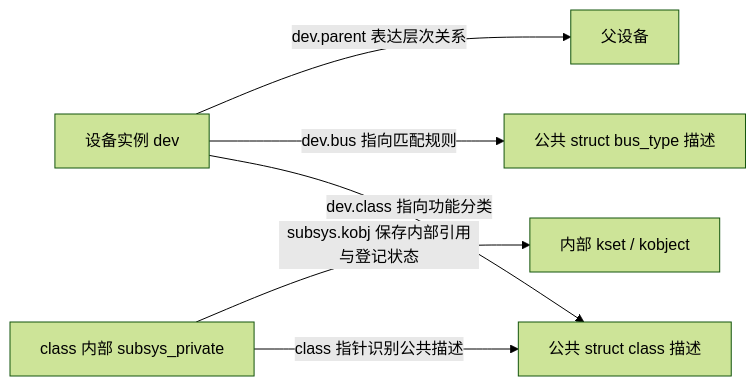
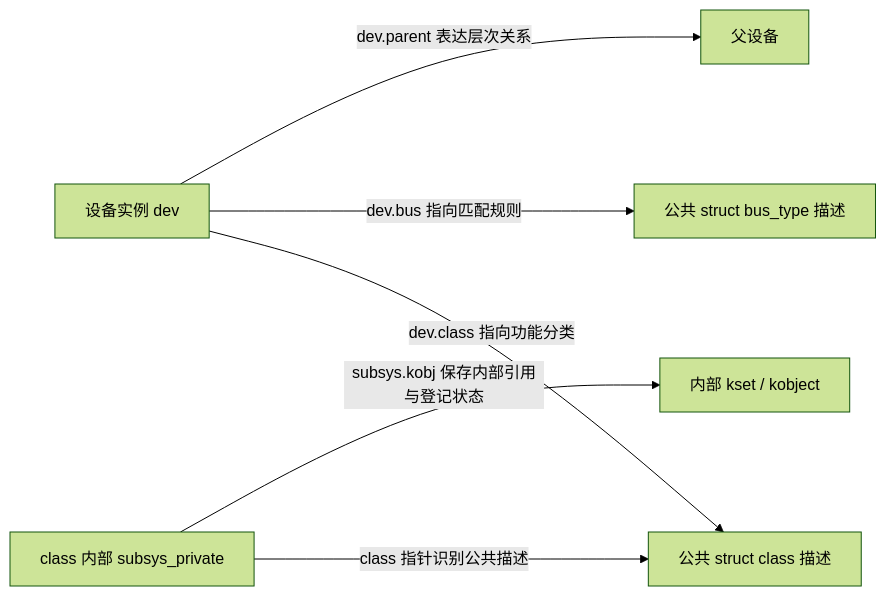
One commit to FormingSystem/linux_note changed the eighth of 12 diagrams in knowledge/linux/object_lifetime/kref/P11_kref_refcount_t_kobject_的边界.md. Above: the diagram before and after it, drawn with Mermaid (forest theme). The commit also changed other lines of this file, not shown here.

````diff
--- a/knowledge/linux/object_lifetime/kref/P11_kref_refcount_t_kobject_的边界.md
+++ b/knowledge/linux/object_lifetime/kref/P11_kref_refcount_t_kobject_的边界.md
@@ -467,8 +496,9 @@
 ```mermaid
+%%{init: {'flowchart': {'nodeSpacing': 120, 'rankSpacing': 180}}}%%
 flowchart LR
     D[设备实例 dev] -->|dev.class 指向功能分类| C[公共 struct class 描述]
     D -->|dev.bus 指向匹配规则| B[公共 struct bus_type 描述]
     D -->|dev.parent 表达层次关系| P[父设备]
     I[class 内部 subsys_private] -->|class 指针识别公共描述| C
     I -->|subsys.kobj 保存内部引用与登记状态| K[内部 kset / kobject]
 ```
````
